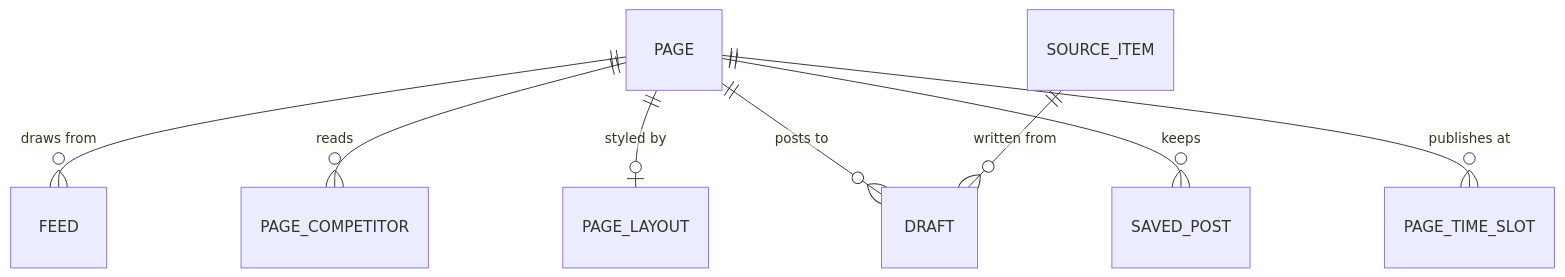
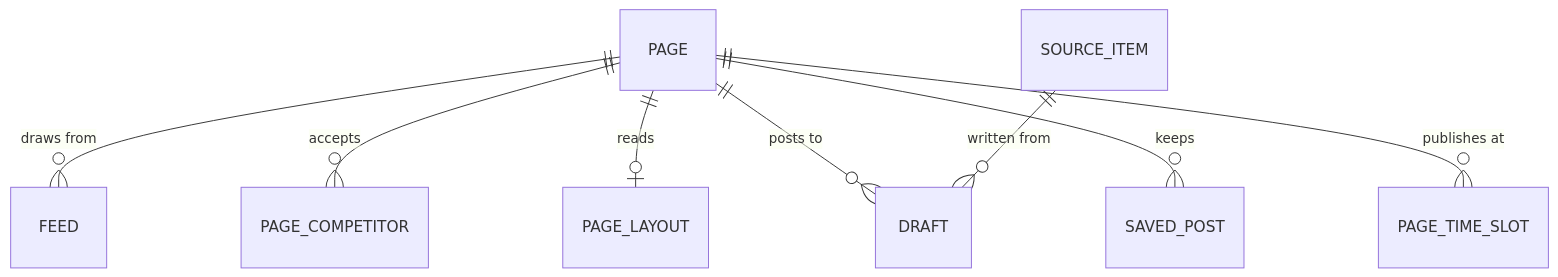
Before and after one commit to nauqh/fb-agent: the fourth of 4 diagrams in README.md, drawn with Mermaid. The commit also changed other lines of this file, not shown here.

````diff
--- a/README.md
+++ b/README.md
@@ -196,10 +145,10 @@
 ```mermaid
 erDiagram
     PAGE ||--o{ FEED : "draws from"
-    PAGE ||--o{ PAGE_COMPETITOR : "reads"
-    PAGE ||--o| PAGE_LAYOUT : "styled by"
+    PAGE ||--o{ PAGE_COMPETITOR : "accepts"
+    PAGE ||--o| PAGE_LAYOUT : "reads"
     PAGE ||--o{ DRAFT : "posts to"
     PAGE ||--o{ SAVED_POST : "keeps"
     PAGE ||--o{ PAGE_TIME_SLOT : "publishes at"
     SOURCE_ITEM ||--o{ DRAFT : "written from"
 ```
````
